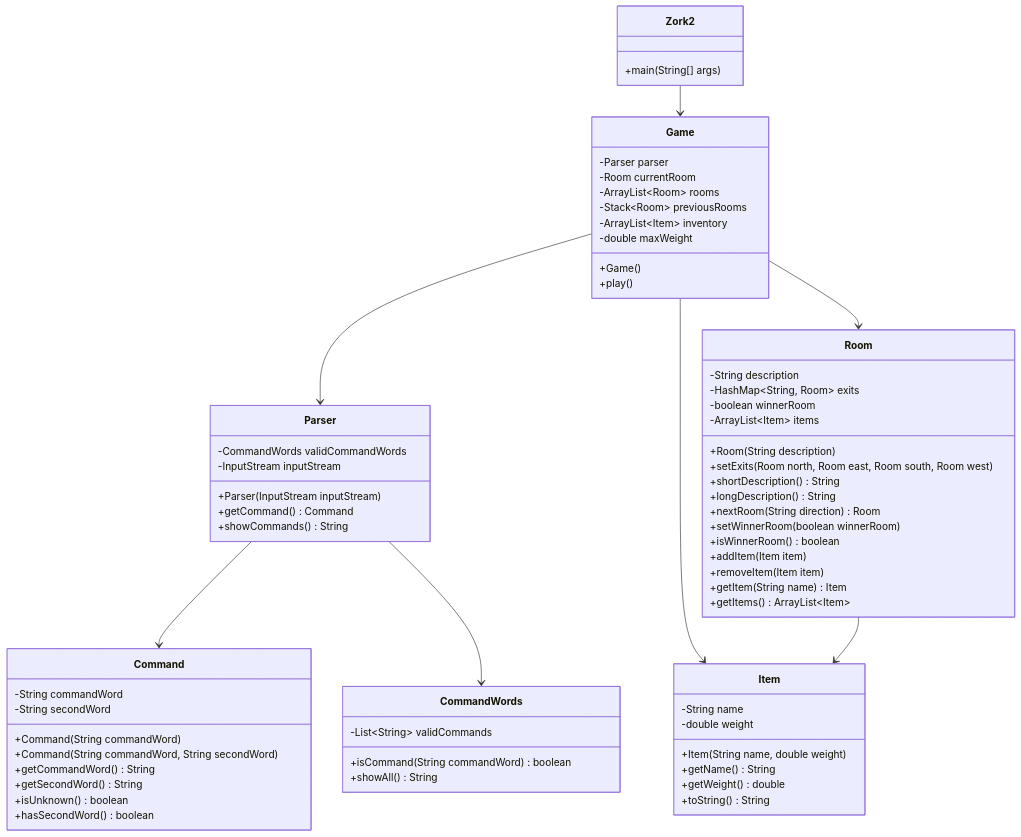
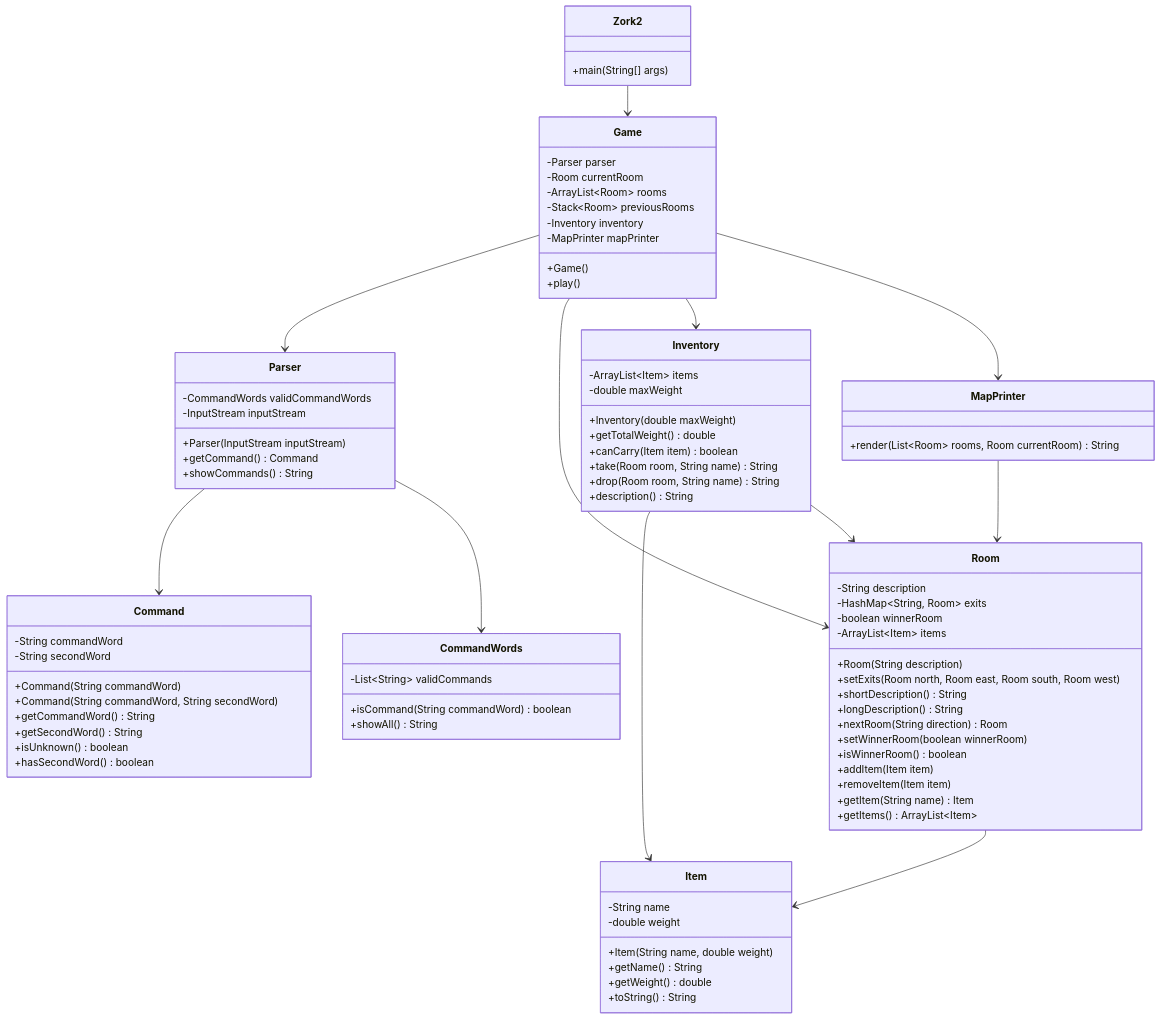
One commit to tkalfo21/Zork2 changed the diagram in docs/Klassendiagram.md. Above: the diagram before and after it, drawn with Mermaid.

Commit message:
Klassendiagramm um Inventar und Kartenklasse ergänzen

```diff
--- a/docs/Klassendiagram.md
+++ b/docs/Klassendiagram.md
@@ -12,10 +12,25 @@
     -Room currentRoom
     -ArrayList~Room~ rooms
     -Stack~Room~ previousRooms
-    -ArrayList~Item~ inventory
-    -double maxWeight
+    -Inventory inventory
+    -MapPrinter mapPrinter
     +Game()
     +play()
+}
+
+class Inventory {
+    -ArrayList~Item~ items
+    -double maxWeight
+    +Inventory(double maxWeight)
+    +getTotalWeight() double
+    +canCarry(Item item) boolean
+    +take(Room room, String name) String
+    +drop(Room room, String name) String
+    +description() String
+}
+
+class MapPrinter {
+    +render(List~Room~ rooms, Room currentRoom) String
 }
 
 class Room {
@@ -73,7 +88,11 @@
 Zork2 --> Game
 Game --> Parser
 Game --> Room
-Game --> Item
+Game --> Inventory
+Game --> MapPrinter
+Inventory --> Item
+Inventory --> Room
+MapPrinter --> Room
 Parser --> Command
 Parser --> CommandWords
 Room --> Item
```
